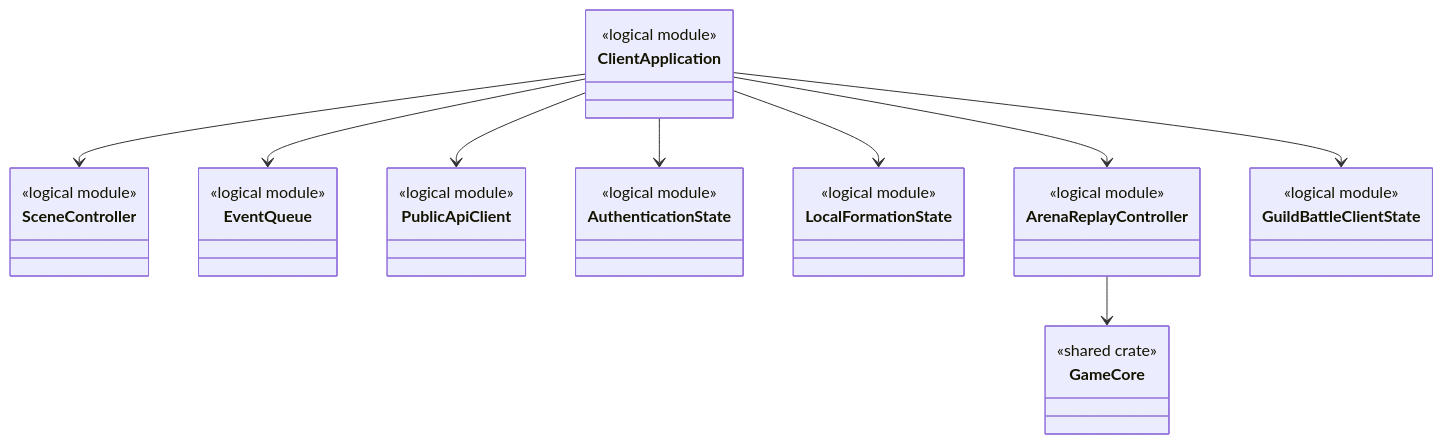
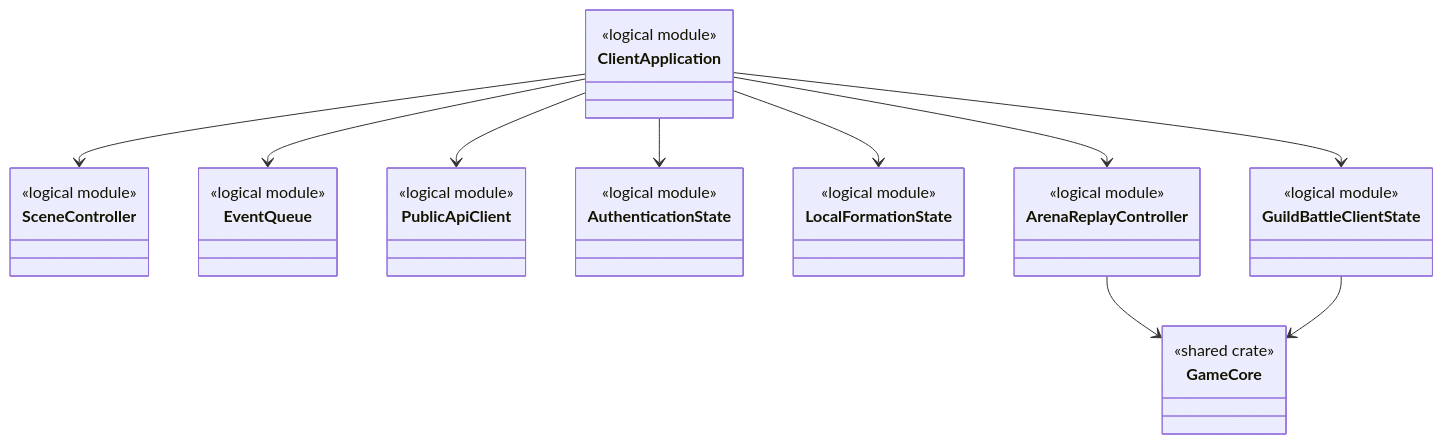
The first of 3 diagrams in design/programming/client/client.md (ReHydrangeaOdyssey/Specifications), drawn with Mermaid before and after one commit. The commit also changed other lines of this file and 16 other files, not shown here.

````diff
--- a/design/programming/client/client.md
+++ b/design/programming/client/client.md
@@ -11,39 +11,40 @@
 ```mermaid
 classDiagram
     class ClientApplication {
         <<logical module>>
     }
     class SceneController {
         <<logical module>>
     }
     class EventQueue {
         <<logical module>>
     }
     class PublicApiClient {
         <<logical module>>
     }
     class AuthenticationState {
         <<logical module>>
     }
     class LocalFormationState {
         <<logical module>>
     }
     class ArenaReplayController {
         <<logical module>>
     }
     class GuildBattleClientState {
         <<logical module>>
     }
     class GameCore {
         <<shared crate>>
     }
 
     ClientApplication --> SceneController
     ClientApplication --> EventQueue
     ClientApplication --> PublicApiClient
     ClientApplication --> AuthenticationState
     ClientApplication --> LocalFormationState
     ClientApplication --> ArenaReplayController
     ClientApplication --> GuildBattleClientState
     ArenaReplayController --> GameCore
+    GuildBattleClientState --> GameCore
 ```
````
